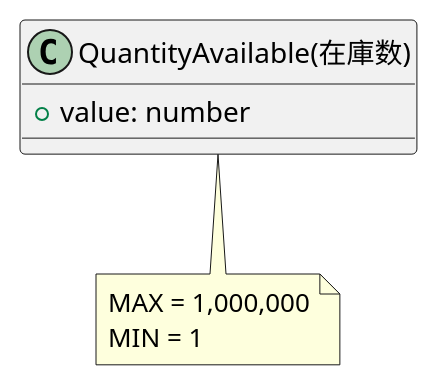
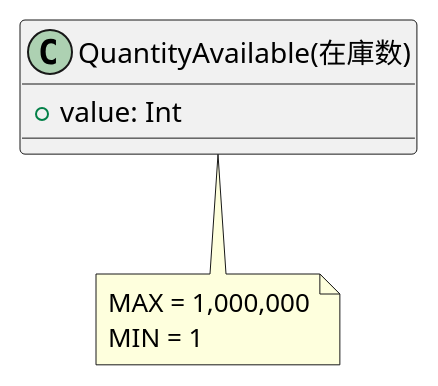
One commit to paper2/ddd-hands-on-kotlin changed the diagram in src/main/kotlin/stock_management/domain/models/book/stock/quantity_available/QuantityAvailable.puml. Above: the diagram before and after it, drawn with PlantUML. The commit also changed 3 other files, not shown here.

```diff
--- a/src/main/kotlin/stock_management/domain/models/book/stock/quantity_available/QuantityAvailable.puml
+++ b/src/main/kotlin/stock_management/domain/models/book/stock/quantity_available/QuantityAvailable.puml
@@ -1,12 +1,12 @@
 @startuml QuantityAvailable
 
 class "QuantityAvailable(在庫数)" as QuantityAvailable {
-    + value: number
+    + value: Int
 }
 
 note bottom of QuantityAvailable
     MAX = 1,000,000
     MIN = 1
 end note
 
 @enduml
```
